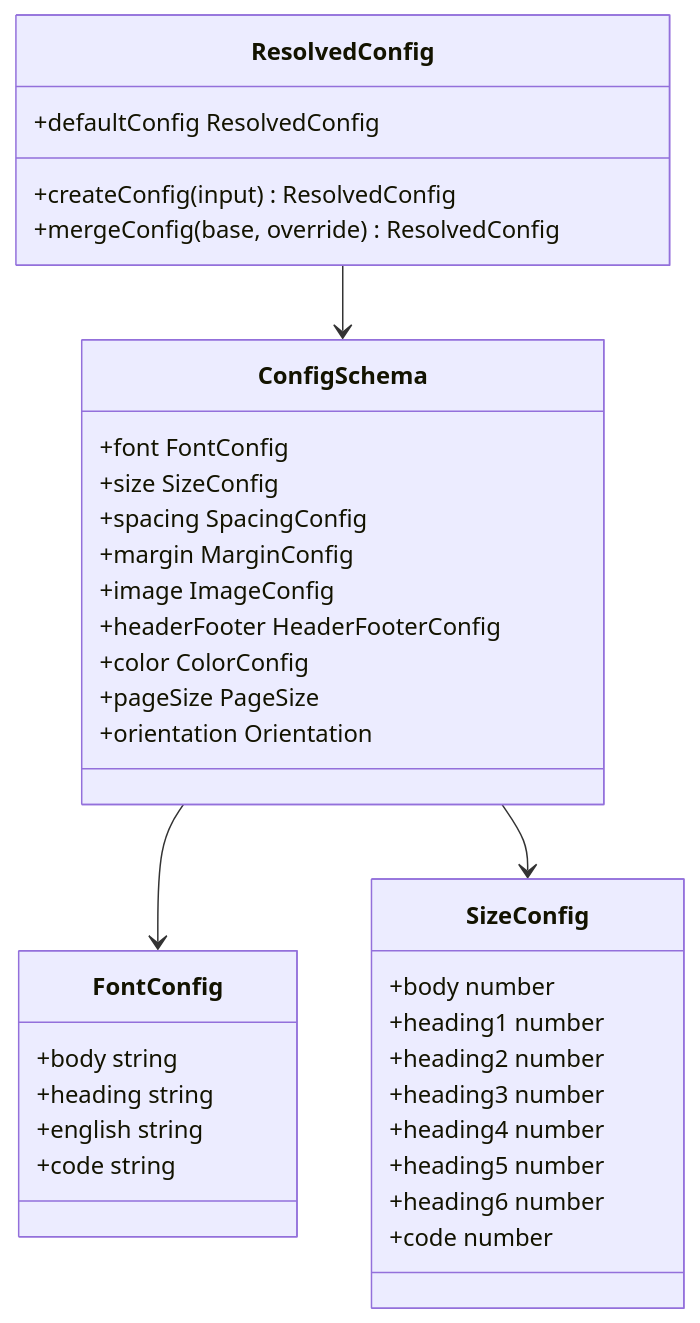
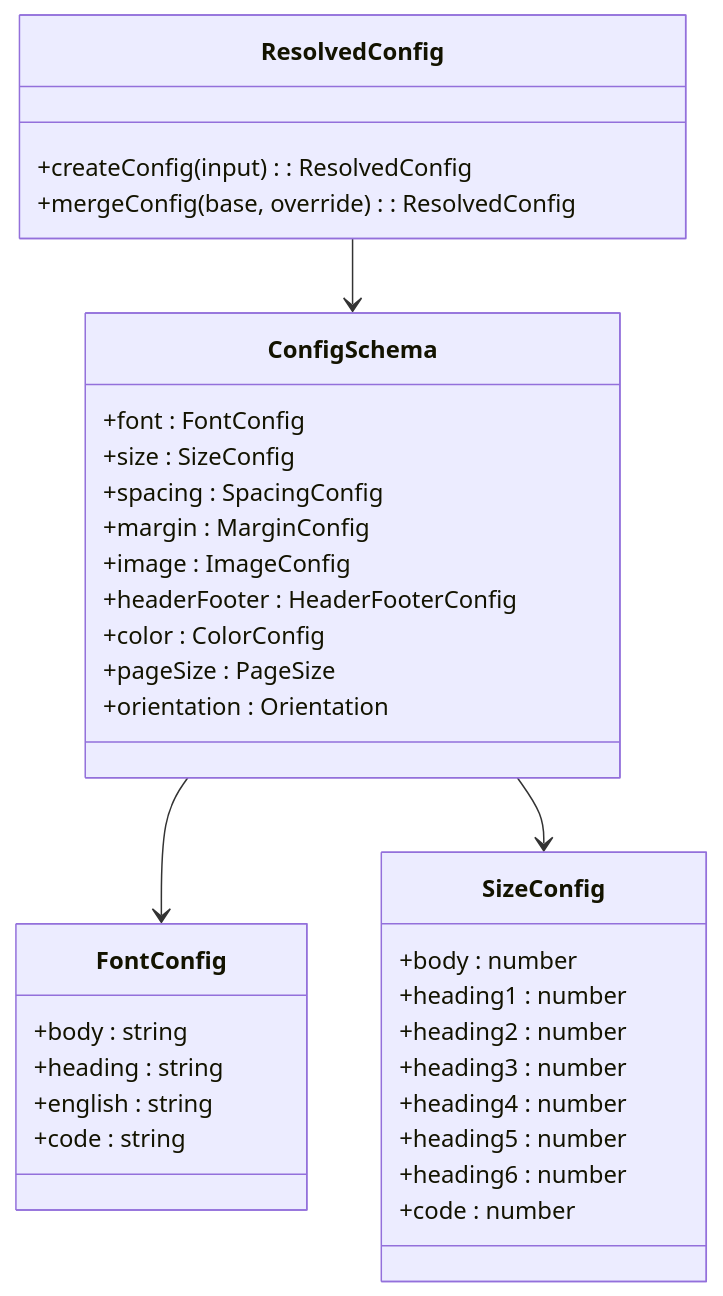
The fifth of 7 diagrams in .lingma/repowiki/zh/content/API 参考/增强的 API 功能.md (wanwushelie/markdown-to-word-studio), drawn with Mermaid before and after one commit. The commit also changed other lines of this file and 7 other files, not shown here.

````diff
--- a/.lingma/repowiki/zh/content/API 参考/增强的 API 功能.md
+++ b/.lingma/repowiki/zh/content/API 参考/增强的 API 功能.md
@@ -247,38 +276,37 @@
 ```mermaid
 classDiagram
 class ConfigSchema {
-+font FontConfig
-+size SizeConfig
-+spacing SpacingConfig
-+margin MarginConfig
-+image ImageConfig
-+headerFooter HeaderFooterConfig
-+color ColorConfig
-+pageSize PageSize
-+orientation Orientation
++font : FontConfig
++size : SizeConfig
++spacing : SpacingConfig
++margin : MarginConfig
++image : ImageConfig
++headerFooter : HeaderFooterConfig
++color : ColorConfig
++pageSize : PageSize
++orientation : Orientation
 }
 class FontConfig {
-+body string
-+heading string
-+english string
-+code string
++body : string
++heading : string
++english : string
++code : string
 }
 class SizeConfig {
-+body number
-+heading1 number
-+heading2 number
-+heading3 number
-+heading4 number
-+heading5 number
-+heading6 number
-+code number
++body : number
++heading1 : number
++heading2 : number
++heading3 : number
++heading4 : number
++heading5 : number
++heading6 : number
++code : number
 }
 class ResolvedConfig {
-+createConfig(input) ResolvedConfig
-+mergeConfig(base, override) ResolvedConfig
-+defaultConfig ResolvedConfig
++createConfig(input) : ResolvedConfig
++mergeConfig(base, override) : ResolvedConfig
 }
 ConfigSchema --> FontConfig
 ConfigSchema --> SizeConfig
 ResolvedConfig --> ConfigSchema
 ```
````
